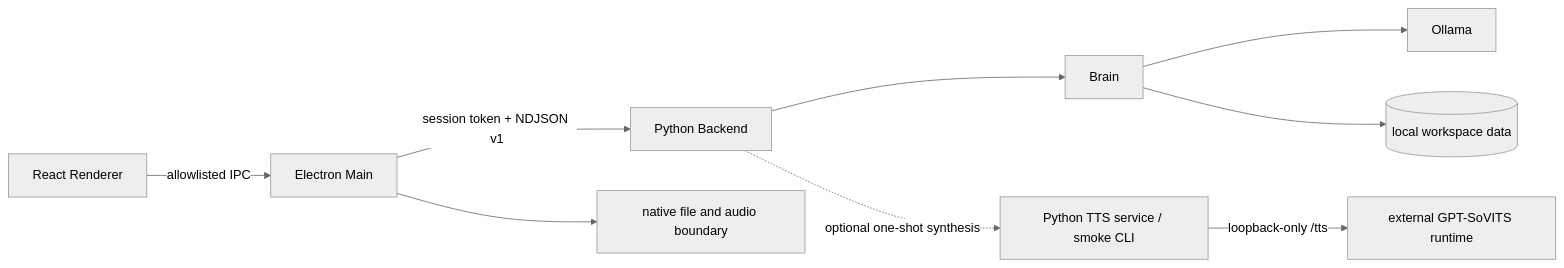
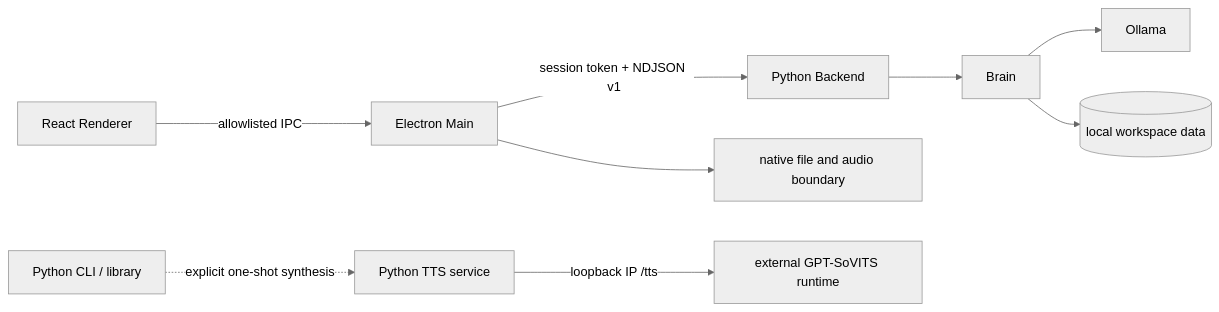
Before and after one commit to ActorF/Elysia_AI: the diagram in README.en.md, drawn with Mermaid (neutral theme). The commit also changed other lines of this file and 4 other files, not shown here.

````diff
--- a/README.en.md
+++ b/README.en.md
@@ -68,11 +68,11 @@
 ```mermaid
 flowchart LR
     R[React Renderer] -->|allowlisted IPC| E[Electron Main]
     E -->|session token + NDJSON v1| P[Python Backend]
     P --> B[Brain]
     B --> O[Ollama]
     B --> D[(local workspace data)]
-    P -. optional one-shot synthesis .-> T[Python TTS service / smoke CLI]
-    T -->|loopback-only /tts| G[external GPT-SoVITS runtime]
+    C[Python CLI / library] -. explicit one-shot synthesis .-> T[Python TTS service]
+    T -->|loopback IP /tts| G[external GPT-SoVITS runtime]
     E --> H[native file and audio boundary]
 ```
````
